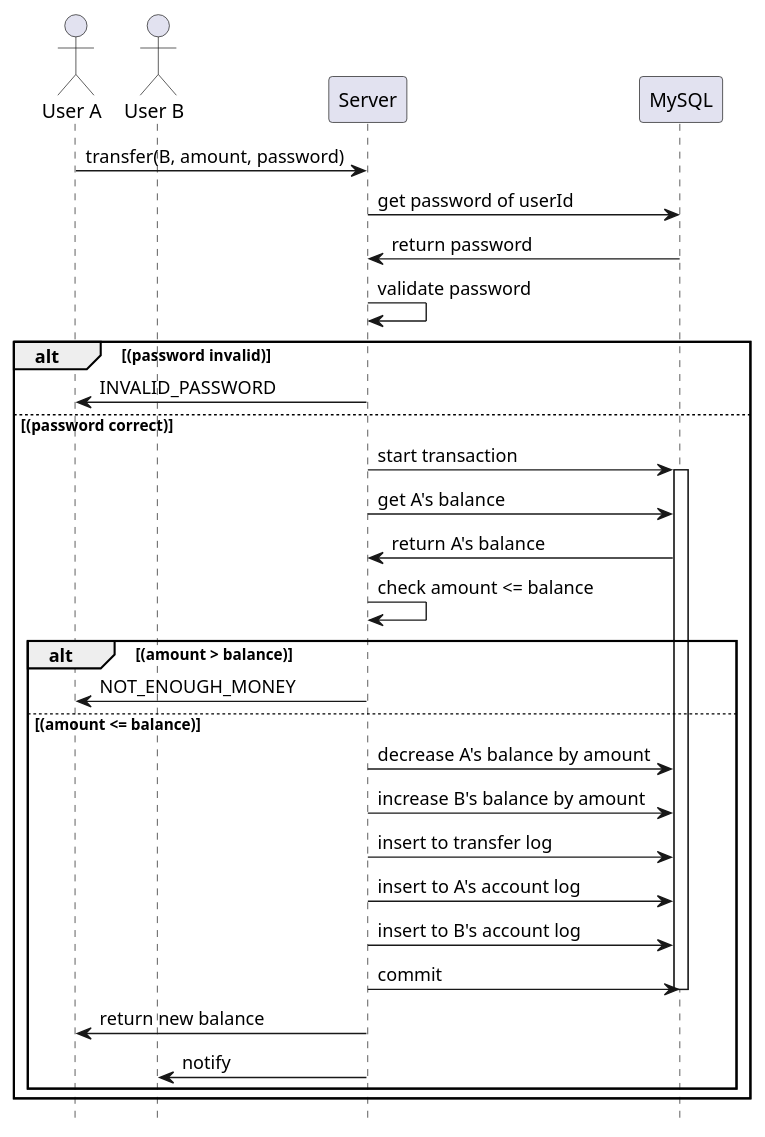
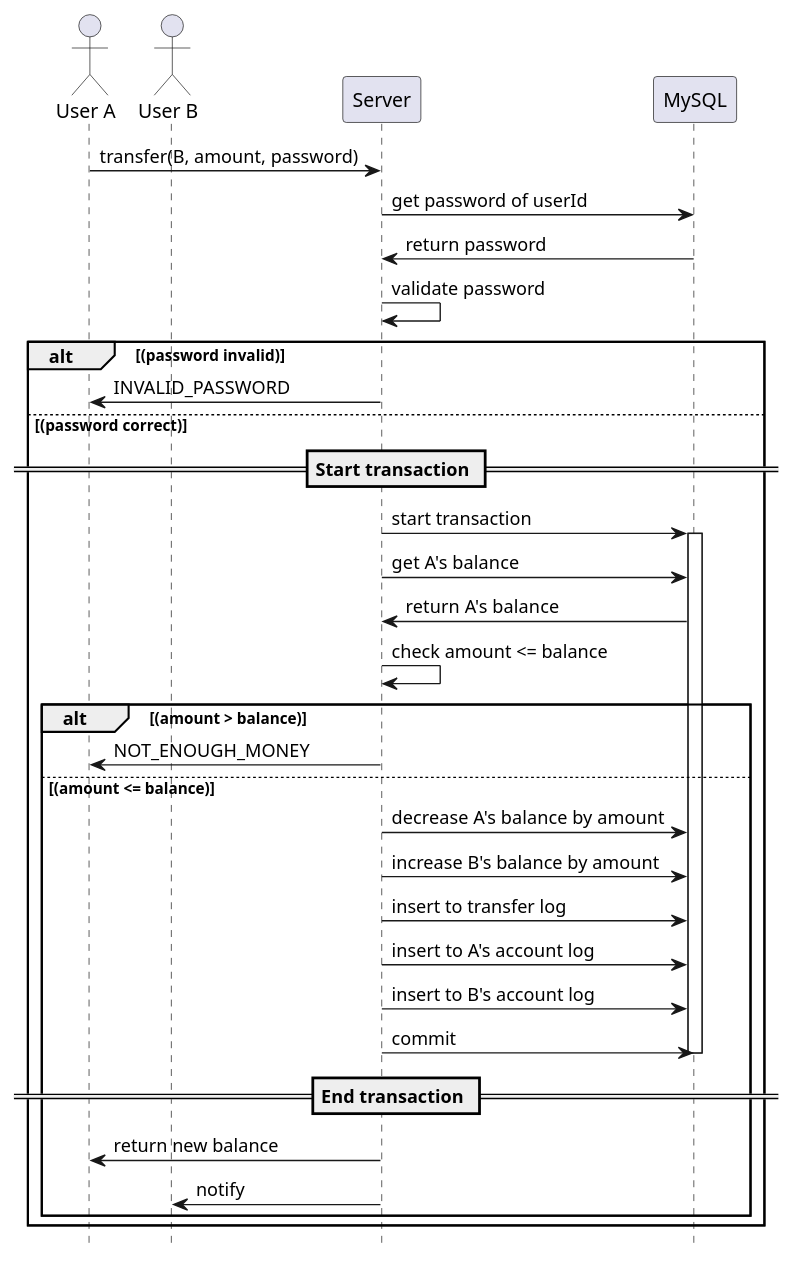
The diagram in documents/sequence diagrams/transfer-money.puml (noradomi/foo-app), drawn with PlantUML before and after one commit. The commit also changed 55 other files, not shown here.

```diff
--- a/documents/sequence diagrams/transfer-money.puml
+++ b/documents/sequence diagrams/transfer-money.puml
@@ -1,31 +1,33 @@
 @startuml transfer-money
 hide footbox
 actor "User A"
 actor "User B"
 "User A" -> "Server": transfer(B, amount, password)
 "Server" -> "MySQL": get password of userId 
 "MySQL" -> "Server": return password
 "Server" -> "Server": validate password
 alt (password invalid)
 "Server" -> "User A": INVALID_PASSWORD
 else (password correct)
+== Start transaction ==
 "Server" -> "MySQL": start transaction
 activate MySQL
 "Server" -> "MySQL": get A's balance
 "MySQL" -> "Server": return A's balance
 "Server" -> "Server" : check amount <= balance
 alt  (amount > balance)
 "Server" -> "User A": NOT_ENOUGH_MONEY
 else (amount <= balance)
 "Server" -> "MySQL" : decrease A's balance by amount
 "Server" -> "MySQL" : increase B's balance by amount
 "Server" -> "MySQL" : insert to transfer log
 "Server" -> "MySQL" : insert to A's account log
 "Server" -> "MySQL" : insert to B's account log
 "Server" -> "MySQL" : commit
+== End transaction ==
 deactivate MySQL
 "Server" -> "User A": return new balance
 "Server" -> "User B" : notify
 end
 end
 @enduml
```
